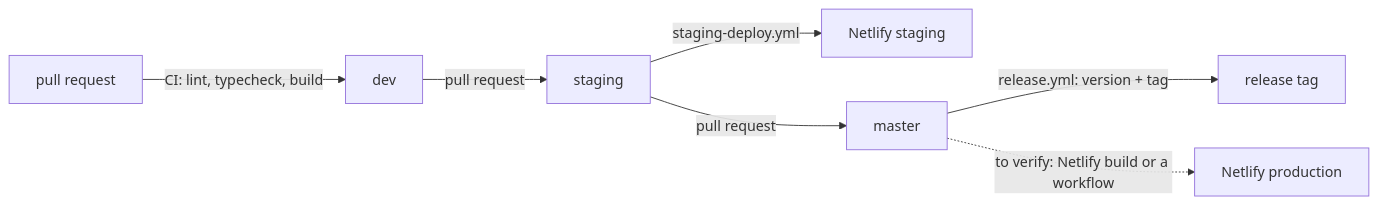
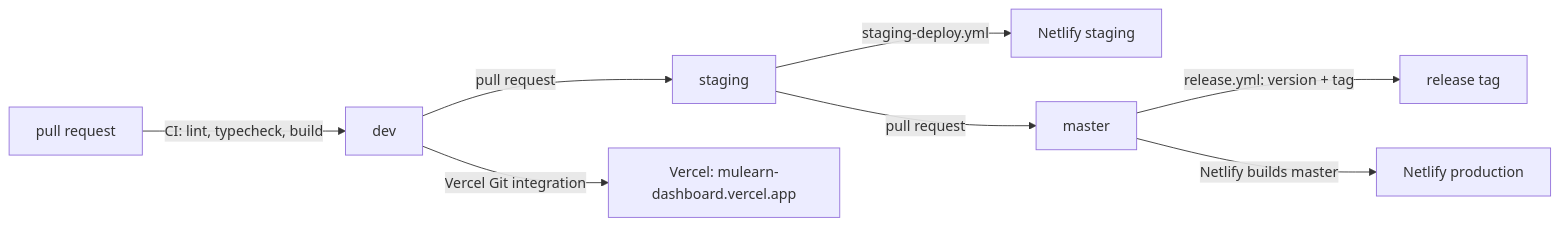
Before and after one commit to gtech-mulearn/mulearn-dashboard: the diagram in docs/architecture/10-build-and-deployment.md, drawn with Mermaid. The commit also changed other lines of this file and 2 other files, not shown here.

First line of the commit message:
docs(deploy): record how dev, staging and production deploy today

````diff
--- a/docs/architecture/10-build-and-deployment.md
+++ b/docs/architecture/10-build-and-deployment.md
@@ -15,9 +15,10 @@
 ```mermaid
 flowchart LR
   PR["pull request"] -->|"CI: lint, typecheck, build"| DEV["dev"]
   DEV -->|"pull request"| STG["staging"]
   STG -->|"staging-deploy.yml"| NS["Netlify staging"]
   STG -->|"pull request"| MAS["master"]
   MAS -->|"release.yml: version + tag"| TAG["release tag"]
-  MAS -.->|"to verify: Netlify build or a workflow"| NP["Netlify production"]
+  MAS -->|"Netlify builds master"| NP["Netlify production"]
+  DEV -->|"Vercel Git integration"| VD["Vercel: mulearn-dashboard.vercel.app"]
 ```
````
